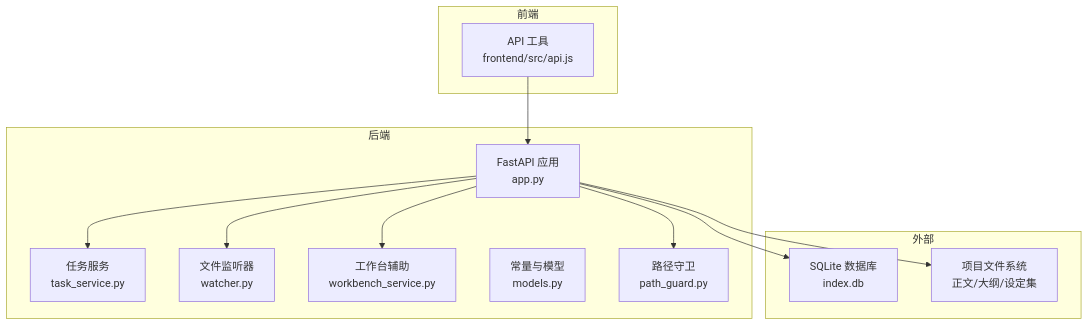
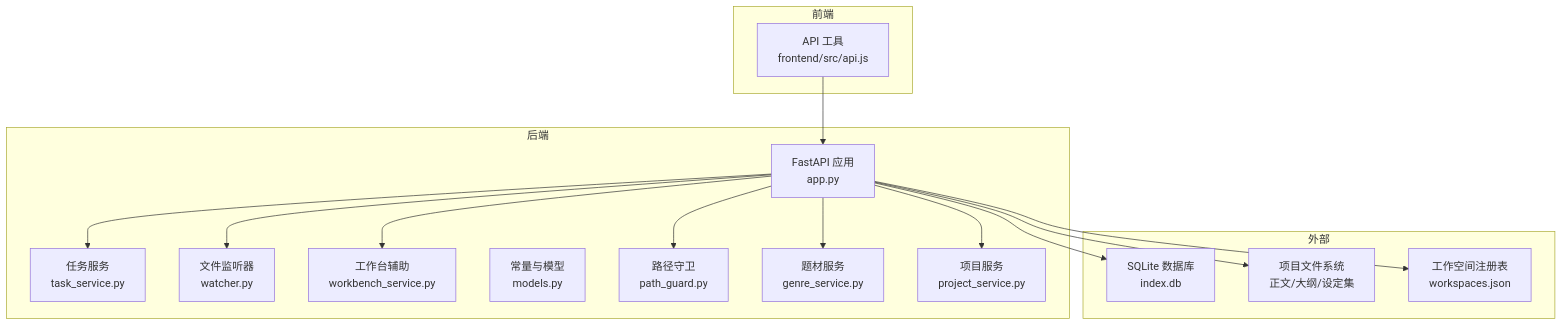
Before and after one commit to ssffpt/webnovel-writer: the first of 6 diagrams in .qoder/repowiki/zh/content/写作工作台/API接口规范.md, drawn with Mermaid. The commit also changed other lines of this file and 13 other files, not shown here.

````diff
--- a/.qoder/repowiki/zh/content/写作工作台/API接口规范.md
+++ b/.qoder/repowiki/zh/content/写作工作台/API接口规范.md
@@ -42,25 +55,31 @@
 ```mermaid
 graph TB
 subgraph "后端"
 A["FastAPI 应用<br/>app.py"]
 B["任务服务<br/>task_service.py"]
 C["文件监听器<br/>watcher.py"]
 D["工作台辅助<br/>workbench_service.py"]
 E["常量与模型<br/>models.py"]
 F["路径守卫<br/>path_guard.py"]
+G["题材服务<br/>genre_service.py"]
+H["项目服务<br/>project_service.py"]
 end
 subgraph "前端"
-G["API 工具<br/>frontend/src/api.js"]
+I["API 工具<br/>frontend/src/api.js"]
 end
 subgraph "外部"
-H["SQLite 数据库<br/>index.db"]
-I["项目文件系统<br/>正文/大纲/设定集"]
+J["SQLite 数据库<br/>index.db"]
+K["项目文件系统<br/>正文/大纲/设定集"]
+L["工作空间注册表<br/>workspaces.json"]
 end
-G --> A
+I --> A
 A --> D
 A --> B
 A --> C
 A --> F
+A --> G
 A --> H
-A --> I
+A --> J
+A --> K
+A --> L
 ```
````
